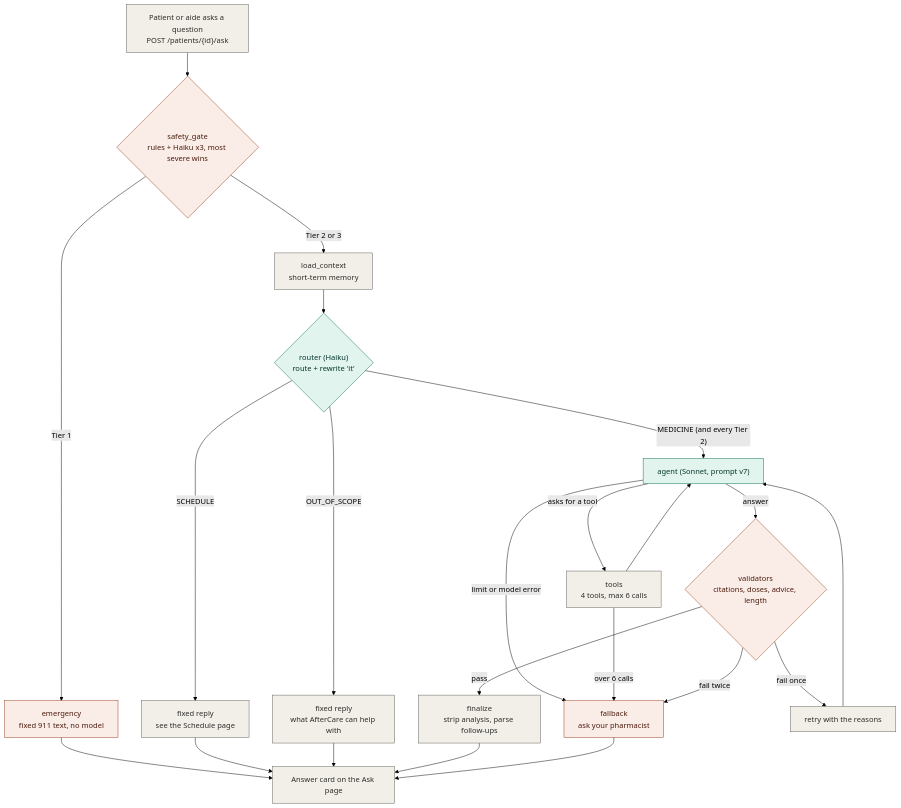
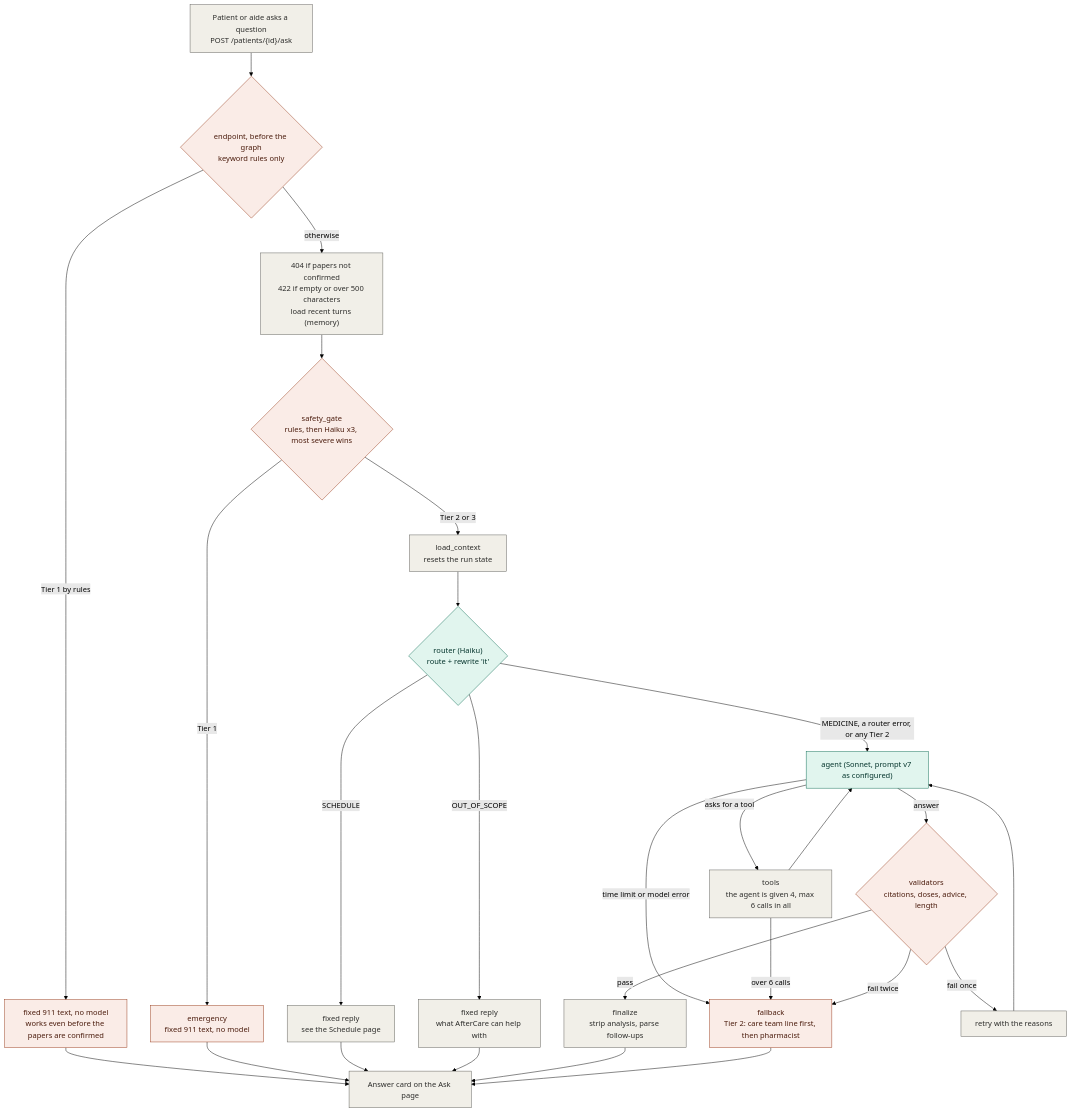
Before and after one commit to NikhilChoudhari9916/aftercare: the diagram in docs/assignment/workflow-diagram.md, drawn with Mermaid (forest theme). The commit also changed other lines of this file and 4 other files, not shown here.

Commit message:
docs: workflow diagram check, challenges and limits, use-case map, sources, stale statements (#28)

````diff
--- a/docs/assignment/workflow-diagram.md
+++ b/docs/assignment/workflow-diagram.md
@@ -6,31 +7,35 @@
 ```mermaid
 flowchart TD
-    q["Patient or aide asks a question<br/>POST /patients/{id}/ask"] --> gate{"safety_gate<br/>rules + Haiku x3, most severe wins"}
+    q["Patient or aide asks a question<br/>POST /patients/{id}/ask"] --> pre{"endpoint, before the graph<br/>keyword rules only"}
+    pre -->|"Tier 1 by rules"| em0["fixed 911 text, no model<br/>works even before the papers are confirmed"]
+    pre -->|"otherwise"| chk["404 if papers not confirmed<br/>422 if empty or over 500 characters<br/>load recent turns (memory)"]
+    chk --> gate{"safety_gate<br/>rules, then Haiku x3, most severe wins"}
     gate -->|"Tier 1"| em["emergency<br/>fixed 911 text, no model"]
-    gate -->|"Tier 2 or 3"| ctx["load_context<br/>short-term memory"]
+    gate -->|"Tier 2 or 3"| ctx["load_context<br/>resets the run state"]
     ctx --> rt{"router (Haiku)<br/>route + rewrite 'it'"}
     rt -->|"SCHEDULE"| sch["fixed reply<br/>see the Schedule page"]
     rt -->|"OUT_OF_SCOPE"| oos["fixed reply<br/>what AfterCare can help with"]
-    rt -->|"MEDICINE (and every Tier 2)"| ag["agent (Sonnet, prompt v7)"]
-    ag -->|"asks for a tool"| tl["tools<br/>4 tools, max 6 calls"]
+    rt -->|"MEDICINE, a router error, or any Tier 2"| ag["agent (Sonnet, prompt v7 as configured)"]
+    ag -->|"asks for a tool"| tl["tools<br/>the agent is given 4, max 6 calls in all"]
     tl --> ag
-    ag -->|"limit or model error"| fb["fallback<br/>ask your pharmacist"]
+    ag -->|"time limit or model error"| fb["fallback<br/>Tier 2: care team line first, then pharmacist"]
     tl -->|"over 6 calls"| fb
     ag -->|"answer"| val{"validators<br/>citations, doses, advice, length"}
     val -->|"pass"| fin["finalize<br/>strip analysis, parse follow-ups"]
     val -->|"fail once"| rty["retry with the reasons"]
     rty --> ag
     val -->|"fail twice"| fb
-    em --> out["Answer card on the Ask page"]
+    em0 --> out["Answer card on the Ask page"]
+    em --> out
     sch --> out
     oos --> out
     fin --> out
     fb --> out
 
     classDef safe fill:#faece7,stroke:#993c1d,color:#4a1b0c
     classDef ai fill:#e1f5ee,stroke:#0f6e56,color:#04342c
     classDef code fill:#f1efe8,stroke:#5f5e5a,color:#2c2c2a
-    class gate,em,val,fb safe
+    class pre,em0,gate,em,val,fb safe
     class rt,ag ai
-    class q,ctx,sch,oos,tl,rty,fin,out code
+    class q,chk,ctx,sch,oos,tl,rty,fin,out code
 ```
````
